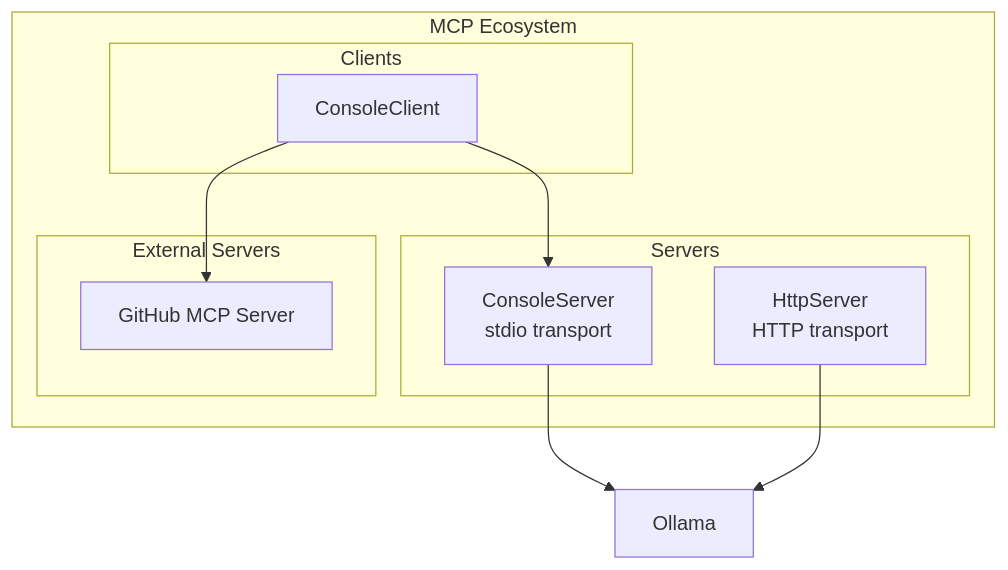
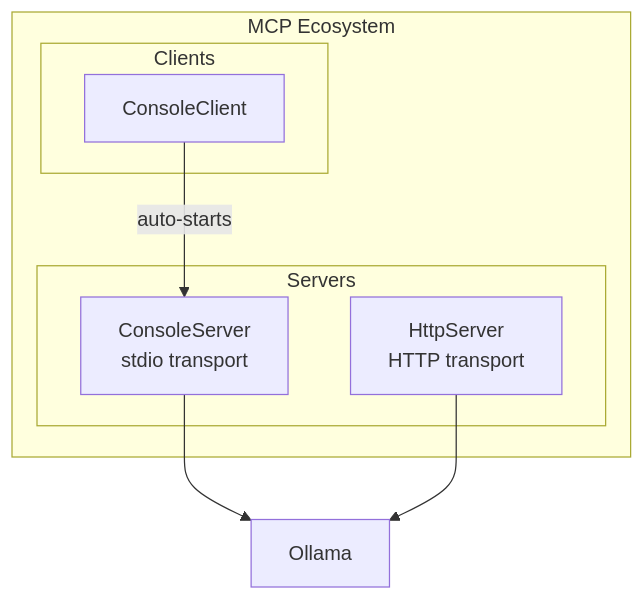
Before and after one commit to mgliot/AI.Workshop: the first of 7 diagrams in docs/AI.Workshop.MCP.md, drawn with Mermaid. The commit also changed other lines of this file and 9 other files, not shown here.

Commit message:
feat: MCP console client now launches server + selectable MCP demos

````diff
--- a/docs/AI.Workshop.MCP.md
+++ b/docs/AI.Workshop.MCP.md
@@ -7,22 +7,17 @@
 ```mermaid
 graph TB
     subgraph "MCP Ecosystem"
         subgraph "Servers"
             CS[ConsoleServer<br/>stdio transport]
             HS[HttpServer<br/>HTTP transport]
         end
         
         subgraph "Clients"
             CC[ConsoleClient]
         end
-        
-        subgraph "External Servers"
-            GH[GitHub MCP Server]
-        end
     end
     
-    CC --> CS
-    CC --> GH
+    CC -->|"auto-starts"| CS
     CS --> OLL[Ollama]
     HS --> OLL
 ```
````
